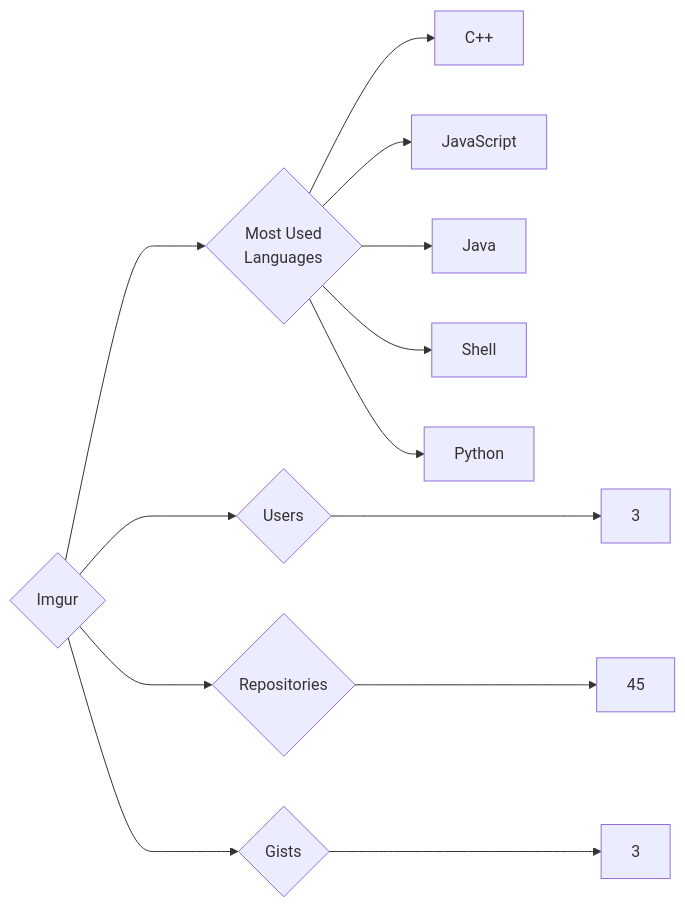
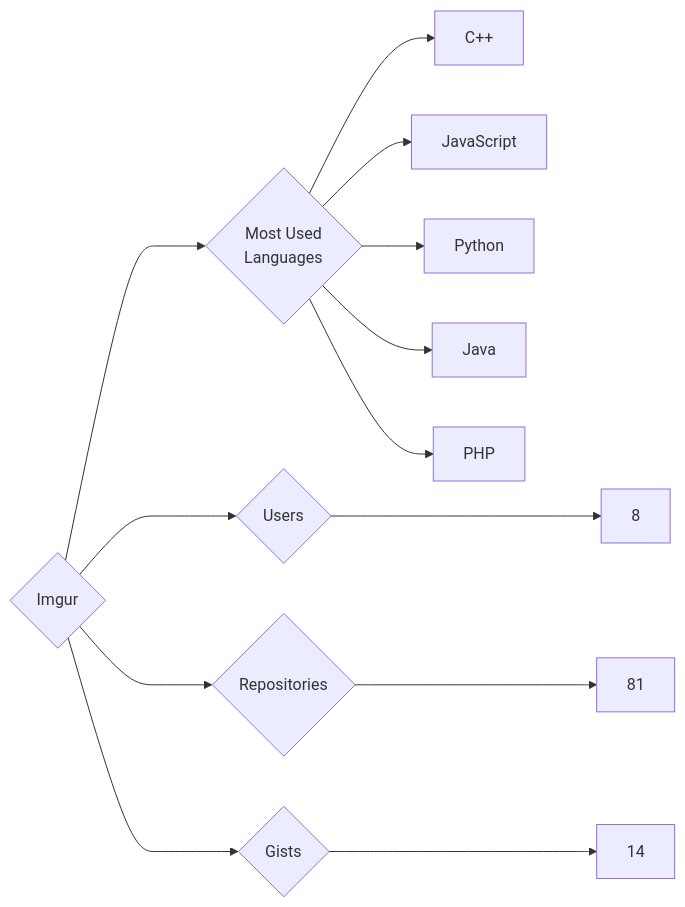
The diagram in targets/Imgur/README.md (trickest/insiders), drawn with Mermaid before and after one commit. The commit also changed 859 other files, not shown here.

````diff
--- a/targets/Imgur/README.md
+++ b/targets/Imgur/README.md
@@ -3,13 +3,13 @@
 ```mermaid
 graph LR
 COMPANY_NAME{Imgur}
-COMPANY_NAME ---> U{Users} ---> UN[3]
-COMPANY_NAME ---> R{Repositories} ---> RN[45]
-COMPANY_NAME ---> G{Gists} ---> GN[3]
+COMPANY_NAME ---> U{Users} ---> UN[8]
+COMPANY_NAME ---> R{Repositories} ---> RN[81]
+COMPANY_NAME ---> G{Gists} ---> GN[14]
 COMPANY_NAME ---> ML{Most Used<br>Languages}
 ML --> C++[C++]
 ML --> JavaScript[JavaScript]
+ML --> Python[Python]
 ML --> Java[Java]
-ML --> Shell[Shell]
-ML --> Python[Python]
+ML --> PHP[PHP]
 ```
````
